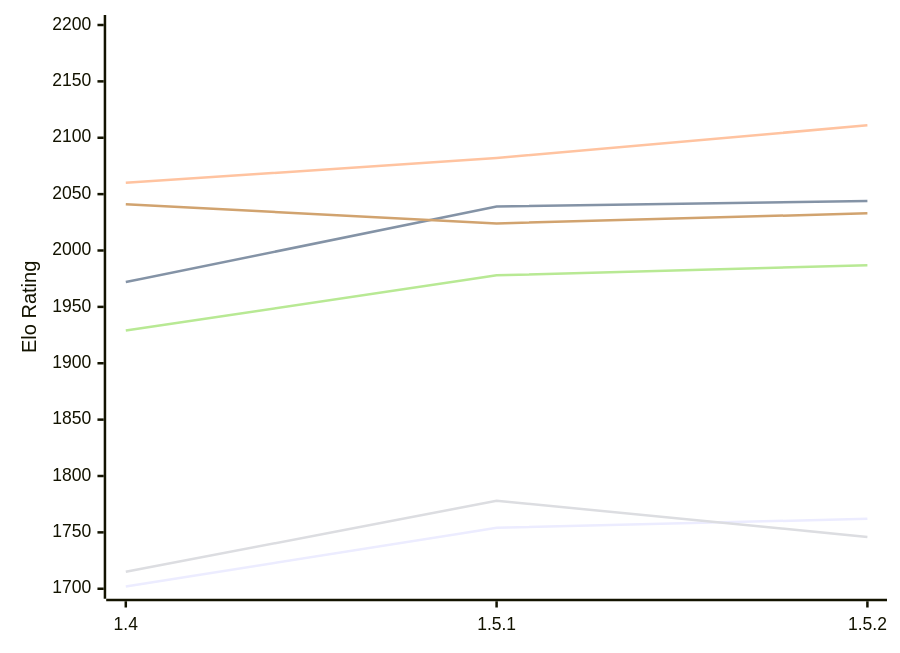
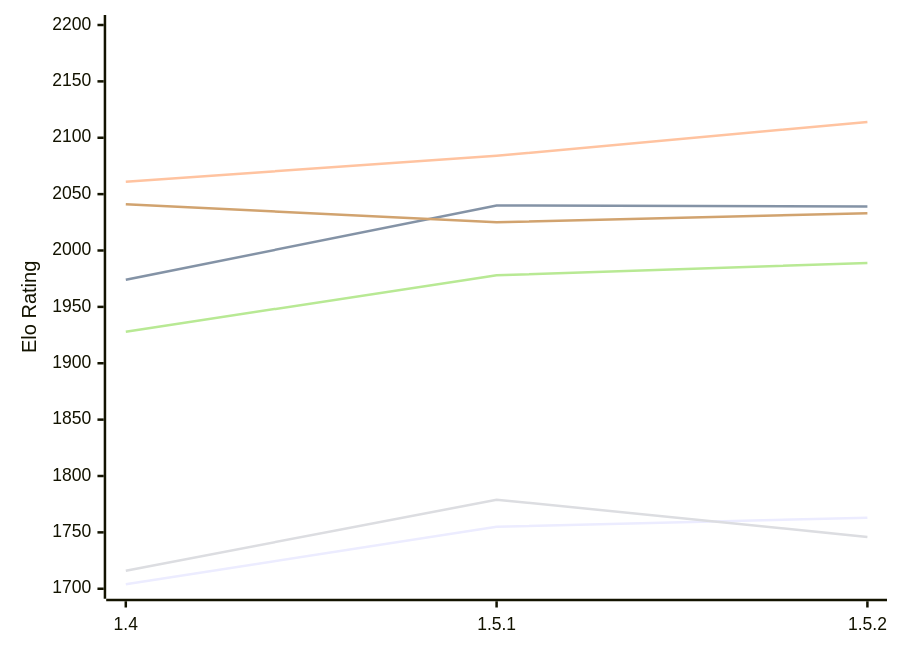
One commit to computer-chess-index/cci changed the diagram in engines/Jace.md. Above: the diagram before and after it, drawn with Mermaid. The commit also changed other lines of this file, not shown here.

Commit message:
Update CCI Ratings (ELO VLTC) - 2026-11-26

````diff
--- a/engines/Jace.md
+++ b/engines/Jace.md
@@ -51,12 +51,12 @@
 ```mermaid
 %%{init: {"theme":"base","themeVariables":{"seriesColors:['#a3a3a3','#222221','#faa371']}}}%%
 xychart-beta
   x-axis ["1.4", "1.5.1", "1.5.2"]
   y-axis "Elo Rating" 1700 --> 2200
-  line "E1: STC (8.0+0.08s)" [1702, 1754, 1762]
-  line "E1: LTC (60.0+0.60s)" [1972, 2039, 2044]
-  line "E1: VLTC (2m24s+1.12s)" [2060, 2082, 2111]
-  line "P1: STC (8.0+0.08s)" [1715, 1778, 1746]
-  line "P1: LTC (60.0+0.60s)" [1929, 1978, 1987]
-  line "P1: VLTC (2m24s+1.12s)" [2041, 2024, 2033]
+  line "E1: STC (8.0+0.08s)" [1704, 1755, 1763]
+  line "E1: LTC (60.0+0.60s)" [1974, 2040, 2039]
+  line "E1: VLTC (2m24s+1.12s)" [2061, 2084, 2114]
+  line "P1: STC (8.0+0.08s)" [1716, 1779, 1746]
+  line "P1: LTC (60.0+0.60s)" [1928, 1978, 1989]
+  line "P1: VLTC (2m24s+1.12s)" [2041, 2025, 2033]
 ```
````
